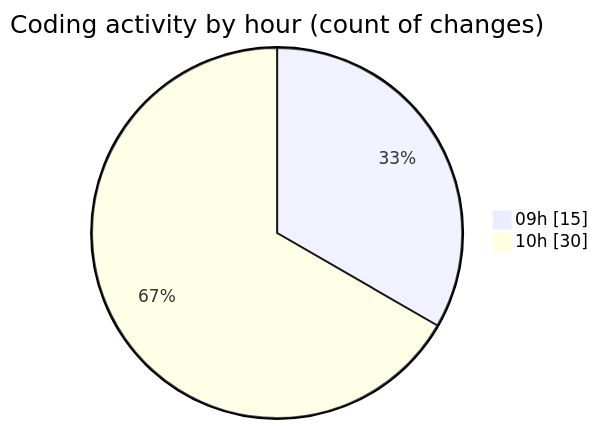
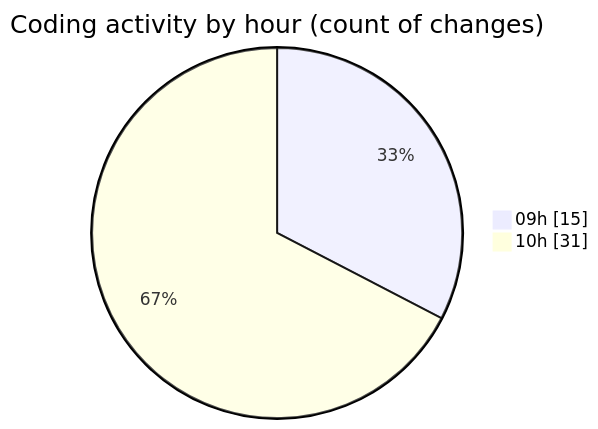
Before and after one commit to momahboobian/code-tracking: the second of 2 diagrams in 2025-09-30/cda/README.md, drawn with Mermaid. The commit also changed other lines of this file and 1 other file, not shown here.

````diff
--- a/2025-09-30/cda/README.md
+++ b/2025-09-30/cda/README.md
@@ -29,6 +29,6 @@
 ```mermaid
 pie showData
 title Coding activity by hour (count of changes)
 "09h" : 15
-"10h" : 30
+"10h" : 31
 ```
````
